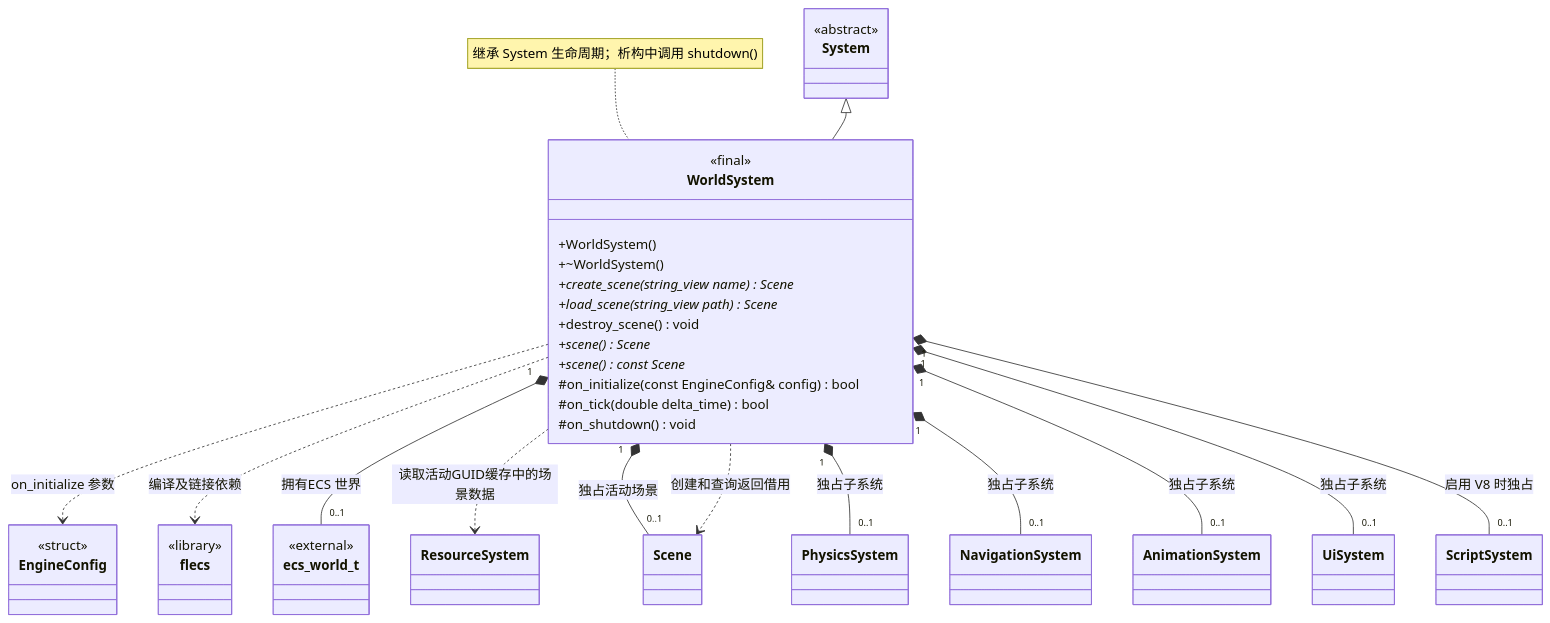
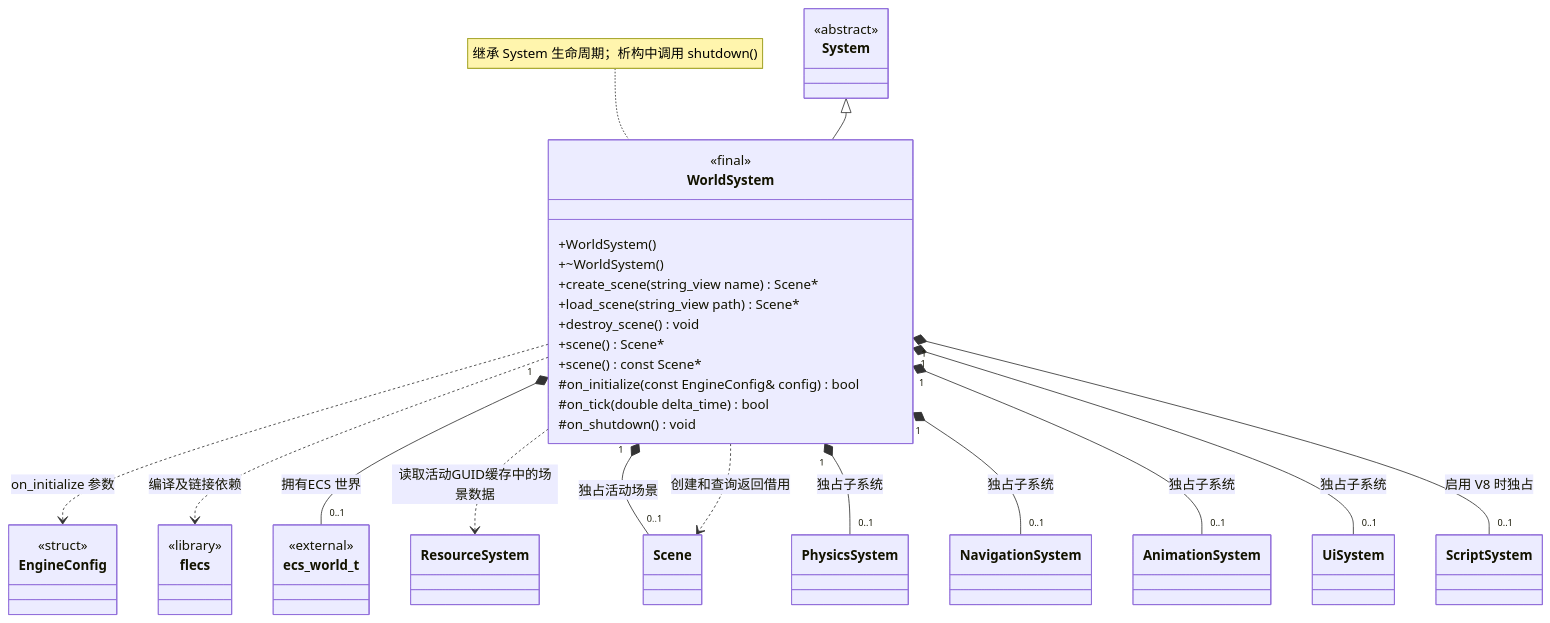
The diagram in docs/runtime/class-diagrams/world-system.md (lcals/Engine), drawn with Mermaid before and after one commit. The commit also changed other lines of this file and 143 other files, not shown here.

````diff
--- a/docs/runtime/class-diagrams/world-system.md
+++ b/docs/runtime/class-diagrams/world-system.md
@@ -7,49 +7,49 @@
 ```mermaid
 classDiagram
     direction TB
     class WorldSystem {
         <<final>>
         +WorldSystem()
         +~WorldSystem()
-        +create_scene(string_view name) Scene*
-        +load_scene(string_view path) Scene*
+        +create_scene(string_view name) Scene#42;
+        +load_scene(string_view path) Scene#42;
         +destroy_scene() void
-        +scene() Scene*
-        +scene() const Scene*
+        +scene() Scene#42;
+        +scene() const Scene#42;
         #on_initialize(const EngineConfig& config) bool
         #on_tick(double delta_time) bool
         #on_shutdown() void
     }
     class System {
         <<abstract>>
     }
     class EngineConfig {
         <<struct>>
     }
     class flecs["flecs"] {
         <<library>>
     }
     class ecs_world_t {
         <<external>>
     }
     System <|-- WorldSystem
     WorldSystem ..> EngineConfig : on_initialize 参数
     WorldSystem ..> flecs : 编译及链接依赖
     WorldSystem "1" *-- "0..1" ecs_world_t : 拥有ECS 世界
     class ResourceSystem
     class Scene
     WorldSystem ..> ResourceSystem : 读取活动GUID缓存中的场景数据
     WorldSystem "1" *-- "0..1" Scene : 独占活动场景
     WorldSystem ..> Scene : 创建和查询返回借用
     class PhysicsSystem
     WorldSystem "1" *-- "0..1" PhysicsSystem : 独占子系统
     class NavigationSystem
     WorldSystem "1" *-- "0..1" NavigationSystem : 独占子系统
     class AnimationSystem
     WorldSystem "1" *-- "0..1" AnimationSystem : 独占子系统
     class UiSystem
     WorldSystem "1" *-- "0..1" UiSystem : 独占子系统
     class ScriptSystem
     WorldSystem "1" *-- "0..1" ScriptSystem : 启用 V8 时独占
     note for WorldSystem "继承 System 生命周期；析构中调用 shutdown()"
 ```
````
